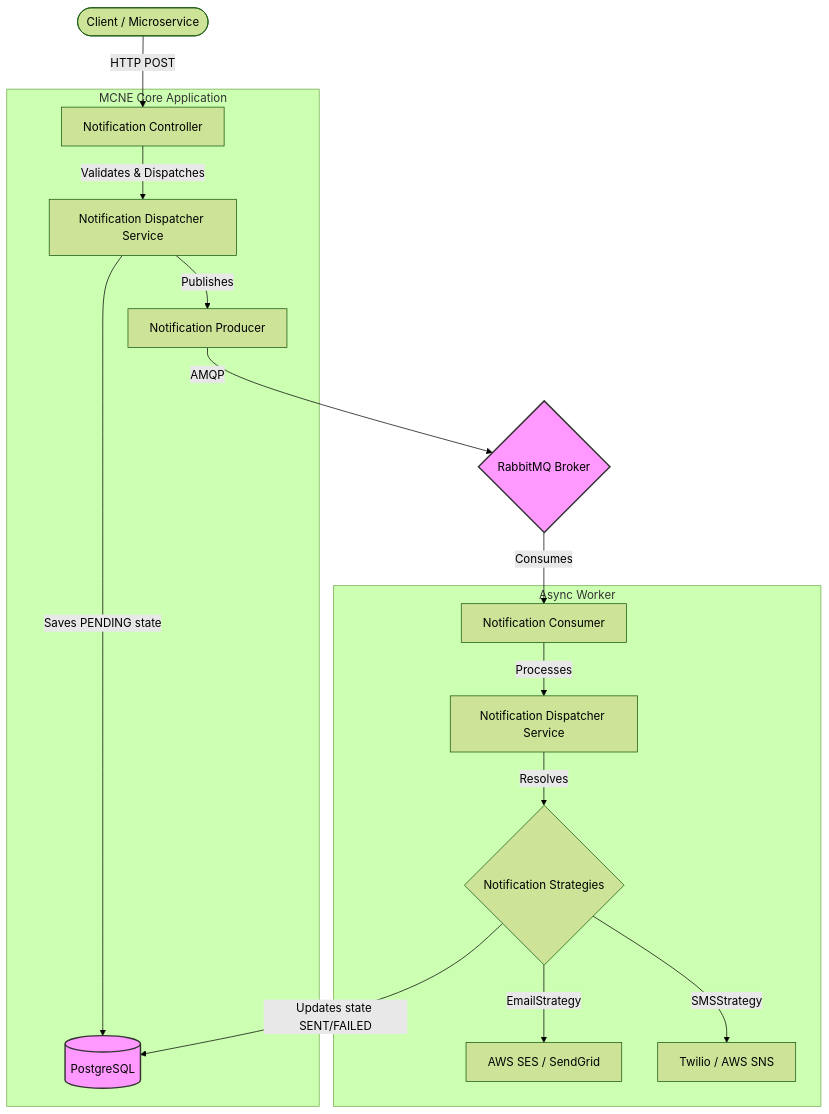
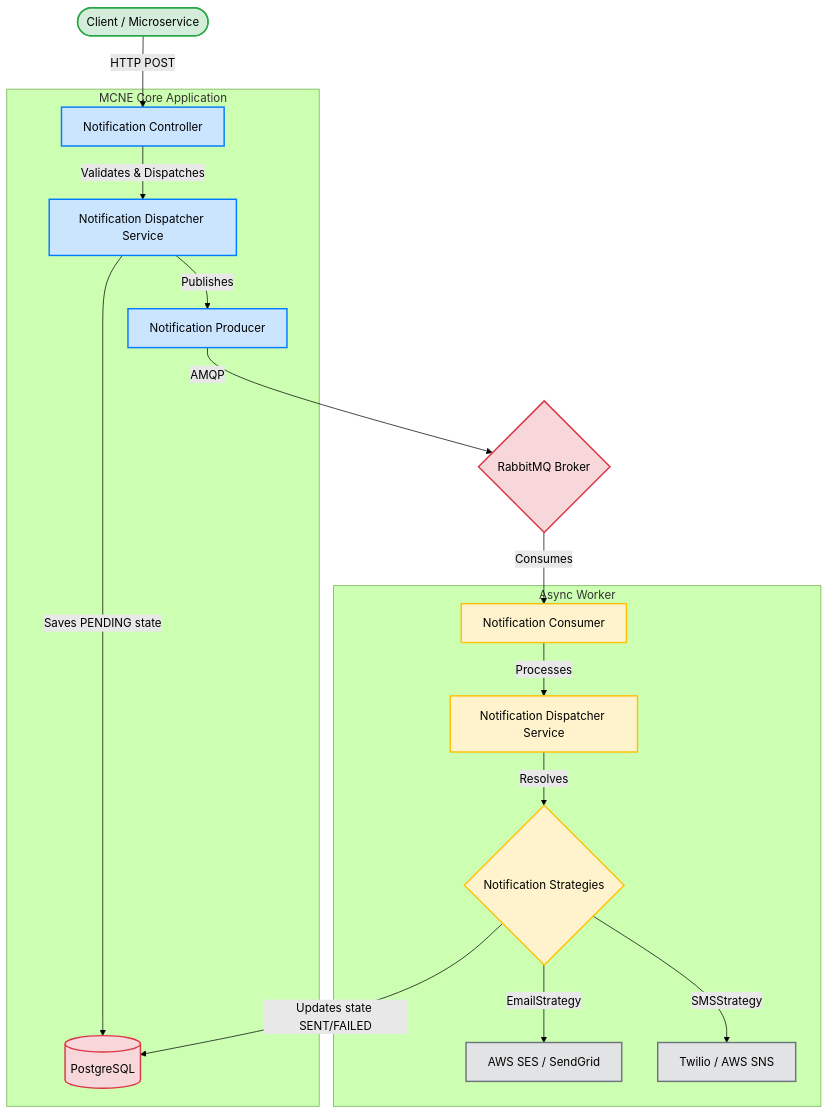
One commit to pmfml/multi-channel-notification-engine changed the first of 3 diagrams in ARCHITECTURE.md. Above: the diagram before and after it, drawn with Mermaid (forest theme). The commit also changed other lines of this file, not shown here.

Commit message:
docs: apply colors to architecture diagrams

````diff
--- a/ARCHITECTURE.md
+++ b/ARCHITECTURE.md
@@ -11,25 +11,34 @@
 ```mermaid
 graph TD
     Client([Client / Microservice]) -->|HTTP POST| Controller[Notification Controller]
 
     subgraph MCNE Core Application
         Controller -->|Validates & Dispatches| Dispatcher[Notification Dispatcher Service]
         Dispatcher -->|Saves PENDING state| DB[(PostgreSQL)]
         Dispatcher -->|Publishes| Producer[Notification Producer]
     end
 
     Producer -->|AMQP| RabbitMQ{RabbitMQ Broker}
 
     RabbitMQ -->|Consumes| Consumer[Notification Consumer]
 
     subgraph Async Worker
         Consumer -->|Processes| AsyncDispatcher[Notification Dispatcher Service]
         AsyncDispatcher -->|Resolves| Strategies{Notification Strategies}
         Strategies -->|EmailStrategy| EmailAPI[AWS SES / SendGrid]
         Strategies -->|SMSStrategy| SMSAPI[Twilio / AWS SNS]
         Strategies -->|Updates state SENT/FAILED| DB
     end
 
-    classDef infra fill:#f9f,stroke:#333,stroke-width:2px;
+    classDef client fill:#d4edda,stroke:#28a745,stroke-width:2px,color:#000000;
+    classDef core fill:#cce5ff,stroke:#007bff,stroke-width:2px,color:#000000;
+    classDef infra fill:#f8d7da,stroke:#dc3545,stroke-width:2px,color:#000000;
+    classDef worker fill:#fff3cd,stroke:#ffc107,stroke-width:2px,color:#000000;
+    classDef external fill:#e2e3e5,stroke:#6c757d,stroke-width:2px,color:#000000;
+
+    class Client client;
+    class Controller,Dispatcher,Producer core;
     class DB,RabbitMQ infra;
+    class Consumer,AsyncDispatcher,Strategies worker;
+    class EmailAPI,SMSAPI external;
 ```
````
